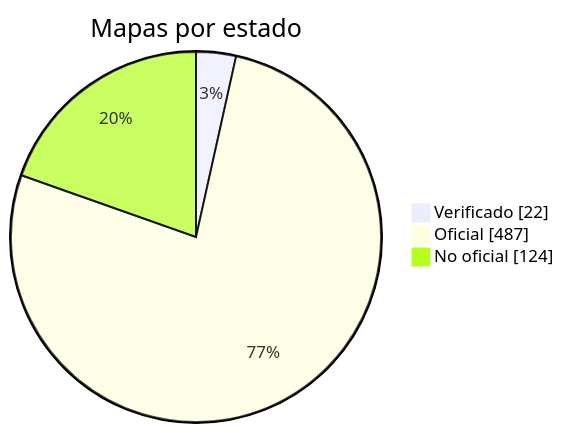
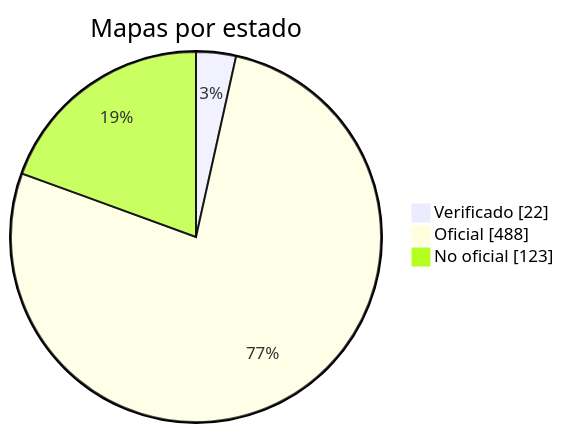
The diagram in docs/readme/README_ES.md (nobrega8/mbmap-library), drawn with Mermaid before and after one commit. The commit also changed 6 other files, not shown here.

````diff
--- a/docs/readme/README_ES.md
+++ b/docs/readme/README_ES.md
@@ -54,7 +54,7 @@
 ```mermaid
 pie showData
     title Mapas por estado
     "Verificado" : 22
-    "Oficial" : 487
-    "No oficial" : 124
+    "Oficial" : 488
+    "No oficial" : 123
 ```
````
